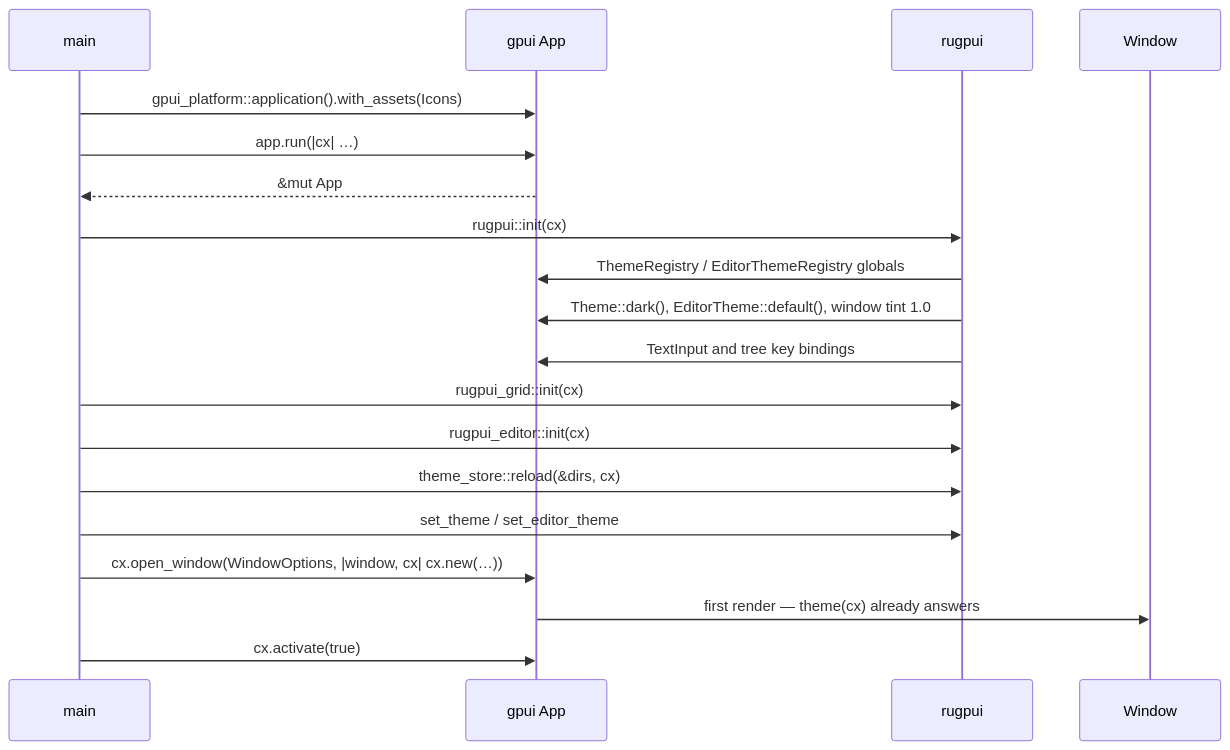
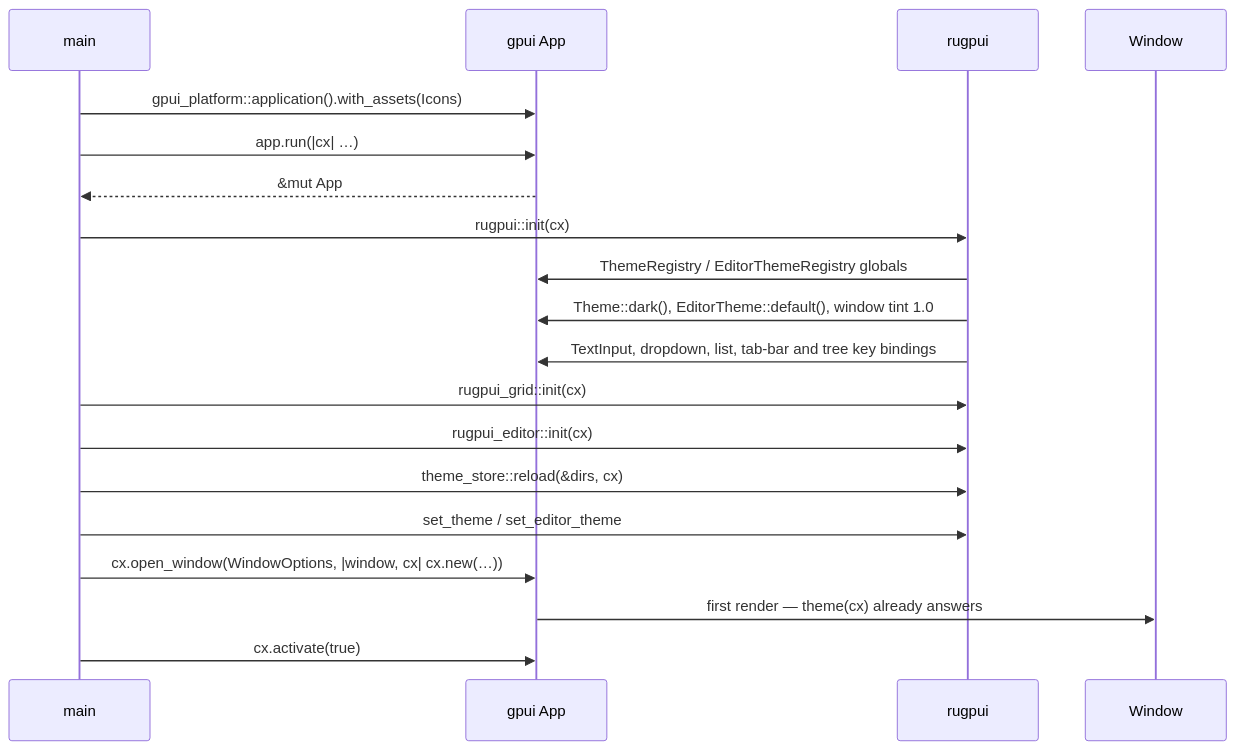
One commit to xcomart/rugpui changed the diagram in docs/getting-started.md. Above: the diagram before and after it, drawn with Mermaid. The commit also changed other lines of this file and 19 other files, not shown here.

````diff
--- a/docs/getting-started.md
+++ b/docs/getting-started.md
@@ -152,22 +154,22 @@
 ```mermaid
 sequenceDiagram
     participant main
     participant gpui as gpui App
     participant rugpui
     participant window as Window
 
     main->>gpui: gpui_platform::application().with_assets(Icons)
     main->>gpui: app.run(|cx| …)
     gpui-->>main: &mut App
     main->>rugpui: rugpui::init(cx)
     rugpui->>gpui: ThemeRegistry / EditorThemeRegistry globals
     rugpui->>gpui: Theme::dark(), EditorTheme::default(), window tint 1.0
-    rugpui->>gpui: TextInput and tree key bindings
+    rugpui->>gpui: TextInput, dropdown, list, tab-bar and tree key bindings
     main->>rugpui: rugpui_grid::init(cx)
     main->>rugpui: rugpui_editor::init(cx)
     main->>rugpui: theme_store::reload(&dirs, cx)
     main->>rugpui: set_theme / set_editor_theme
     main->>gpui: cx.open_window(WindowOptions, |window, cx| cx.new(…))
     gpui->>window: first render — theme(cx) already answers
     main->>gpui: cx.activate(true)
 ```
````
